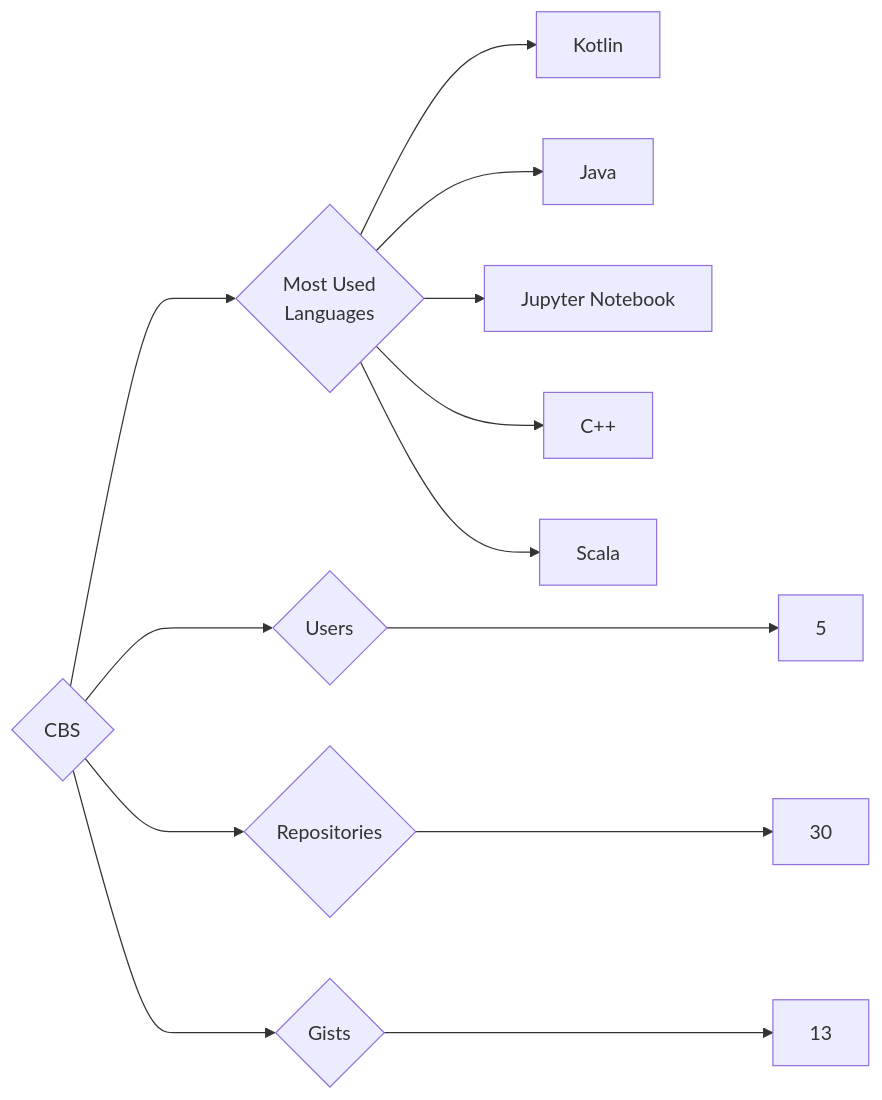
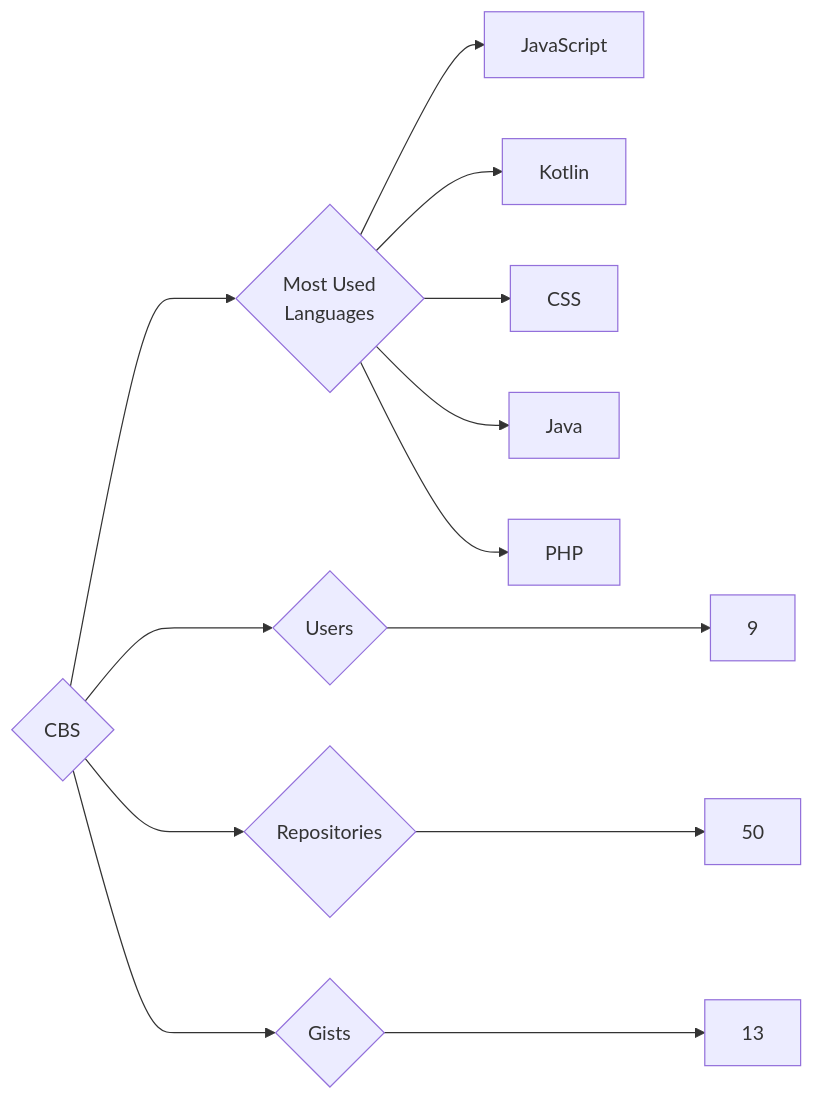
Before and after one commit to trickest/insiders: the diagram in targets/CBS/README.md, drawn with Mermaid. The commit also changed 912 other files, not shown here.

````diff
--- a/targets/CBS/README.md
+++ b/targets/CBS/README.md
@@ -3,13 +3,13 @@
 ```mermaid
 graph LR
 COMPANY_NAME{CBS}
-COMPANY_NAME ---> U{Users} ---> UN[5]
-COMPANY_NAME ---> R{Repositories} ---> RN[30]
+COMPANY_NAME ---> U{Users} ---> UN[9]
+COMPANY_NAME ---> R{Repositories} ---> RN[50]
 COMPANY_NAME ---> G{Gists} ---> GN[13]
 COMPANY_NAME ---> ML{Most Used<br>Languages}
+ML --> JavaScript[JavaScript]
 ML --> Kotlin[Kotlin]
+ML --> CSS[CSS]
 ML --> Java[Java]
-ML --> Jupyter_Notebook[Jupyter Notebook]
-ML --> C++[C++]
-ML --> Scala[Scala]
+ML --> PHP[PHP]
 ```
````
